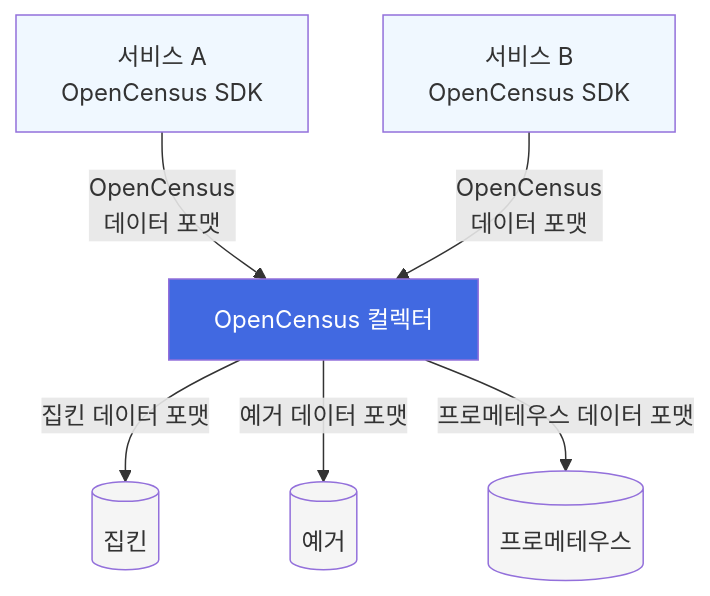
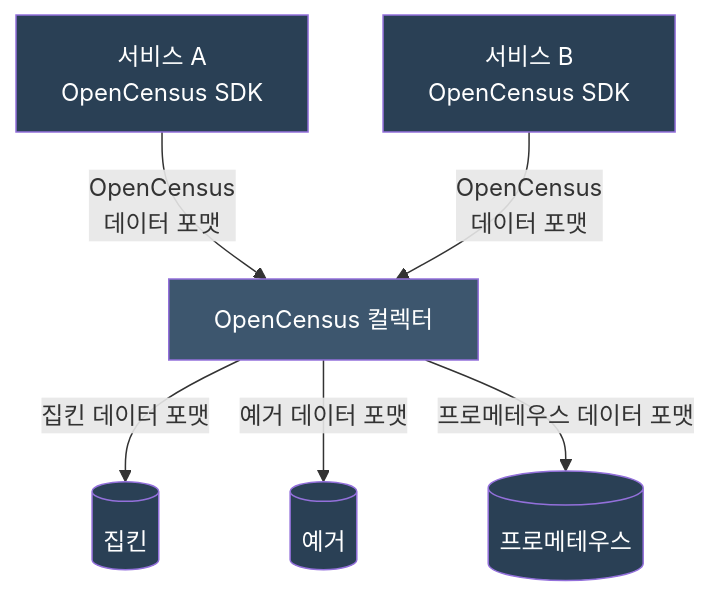
One commit to K-Diger/K-Diger.github.io changed the first of 3 diagrams in _posts/2025-01-19-opentelemetry01.md. Above: the diagram before and after it, drawn with Mermaid. The commit also changed other lines of this file, not shown here.

````diff
--- a/_posts/2025-01-19-opentelemetry01.md
+++ b/_posts/2025-01-19-opentelemetry01.md
@@ -74,19 +74,19 @@
 ```mermaid
 graph TD
     A["서비스 A
     OpenCensus SDK"] --> |"OpenCensus
     데이터 포맷"| C[OpenCensus 컬렉터]
     B["서비스 B
     OpenCensus SDK"] --> |"OpenCensus
     데이터 포맷"| C
     C --> |집킨 데이터 포맷| D[(집킨)]
     C --> |예거 데이터 포맷| E[(예거)]
     C --> |프로메테우스 데이터 포맷| F[(프로메테우스)]
 
-    style A fill:#f0f8ff
-    style B fill:#f0f8ff
-    style C fill:#4169e1,color:white
-    style D fill:#f5f5f5
-    style E fill:#f5f5f5
-    style F fill:#f5f5f5
+    style A fill:#2a4055,color:white
+    style B fill:#2a4055,color:white
+    style C fill:#3d566e,color:white
+    style D fill:#2a4055,color:white
+    style E fill:#2a4055,color:white
+    style F fill:#2a4055,color:white
 ```
````
